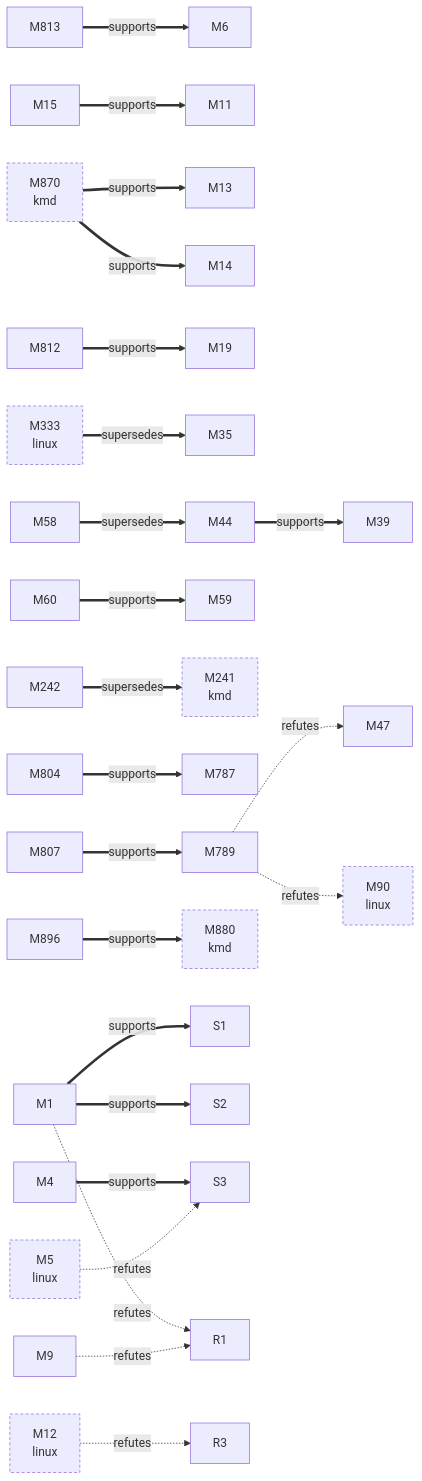
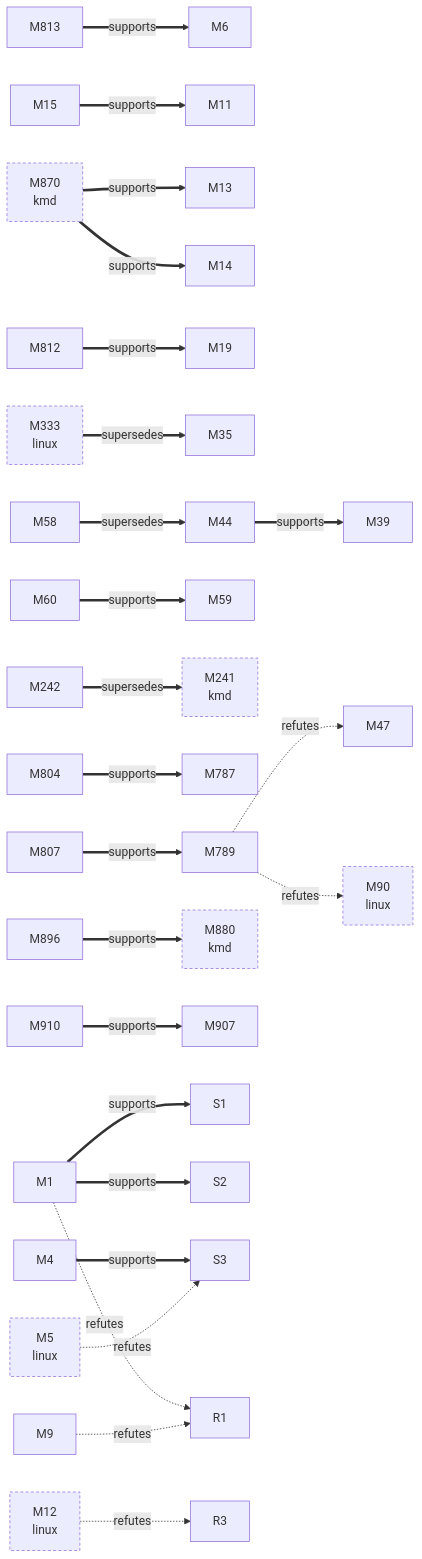
Before and after one commit to D-Ogi/amdgpu-wddm: the first of 3 diagrams in docs/facts/graphs/hardware.md, drawn with Mermaid. The commit also changed other lines of this file and 23 other files, not shown here.

````diff
--- a/docs/facts/graphs/hardware.md
+++ b/docs/facts/graphs/hardware.md
@@ -9,63 +9,66 @@
 ```mermaid
 flowchart LR
   M1["M1"]
   M4["M4"]
   M5["M5<br/>linux"]
   M6["M6"]
   M9["M9"]
   M11["M11"]
   M12["M12<br/>linux"]
   M13["M13"]
   M14["M14"]
   M15["M15"]
   M19["M19"]
   M35["M35"]
   M39["M39"]
   M44["M44"]
   M47["M47"]
   M58["M58"]
   M59["M59"]
   M60["M60"]
   M90["M90<br/>linux"]
   M241["M241<br/>kmd"]
   M242["M242"]
   M333["M333<br/>linux"]
   M787["M787"]
   M789["M789"]
   M804["M804"]
   M807["M807"]
   M812["M812"]
   M813["M813"]
   M870["M870<br/>kmd"]
   M880["M880<br/>kmd"]
   M896["M896"]
+  M907["M907"]
+  M910["M910"]
   S1["S1"]
   S2["S2"]
   S3["S3"]
   R1["R1"]
   R3["R3"]
   M1 ==>|supports| S1
   M1 ==>|supports| S2
   M1 -.->|refutes| R1
   M4 ==>|supports| S3
   M9 -.->|refutes| R1
   M15 ==>|supports| M11
   M44 ==>|supports| M39
   M58 ==>|supersedes| M44
   M60 ==>|supports| M59
   M242 ==>|supersedes| M241
   M789 -.->|refutes| M47
   M789 -.->|refutes| M90
   M804 ==>|supports| M787
   M807 ==>|supports| M789
   M812 ==>|supports| M19
   M813 ==>|supports| M6
   M896 ==>|supports| M880
+  M910 ==>|supports| M907
   M870 ==>|supports| M13
   M870 ==>|supports| M14
   M5 -.->|refutes| S3
   M12 -.->|refutes| R3
   M333 ==>|supersedes| M35
   classDef other stroke-dasharray:4 3
   class M5,M12,M90,M241,M333,M870,M880 other
 ```
````
